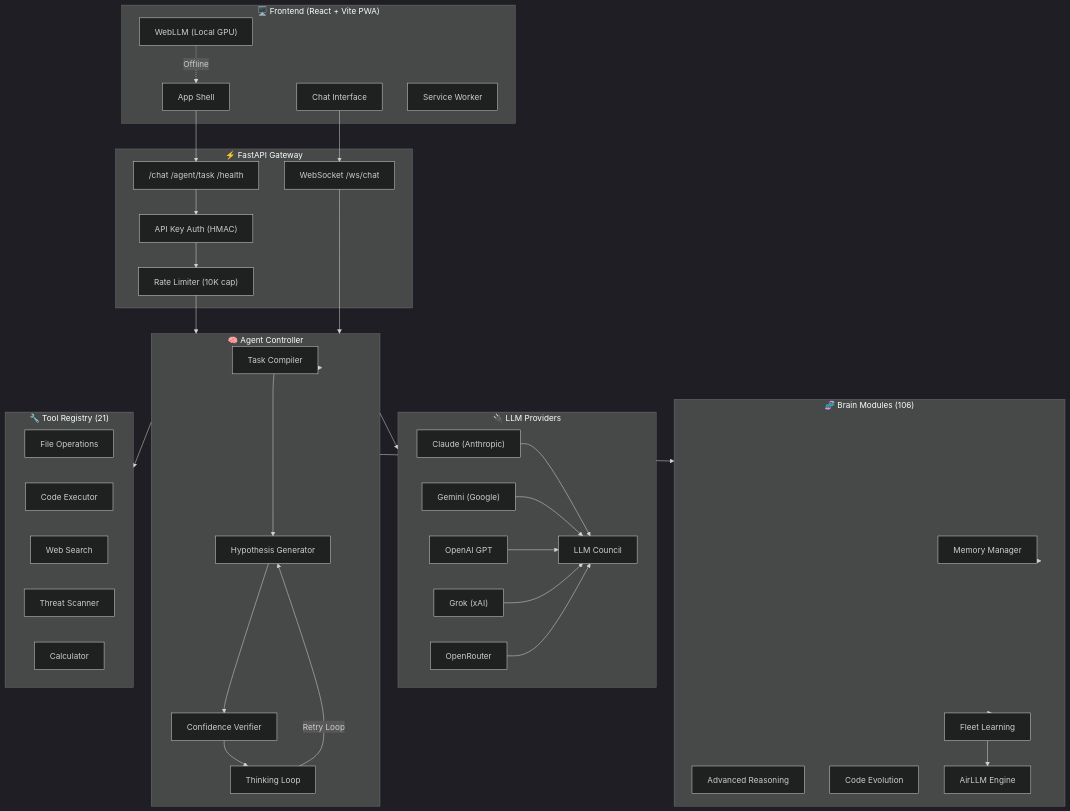
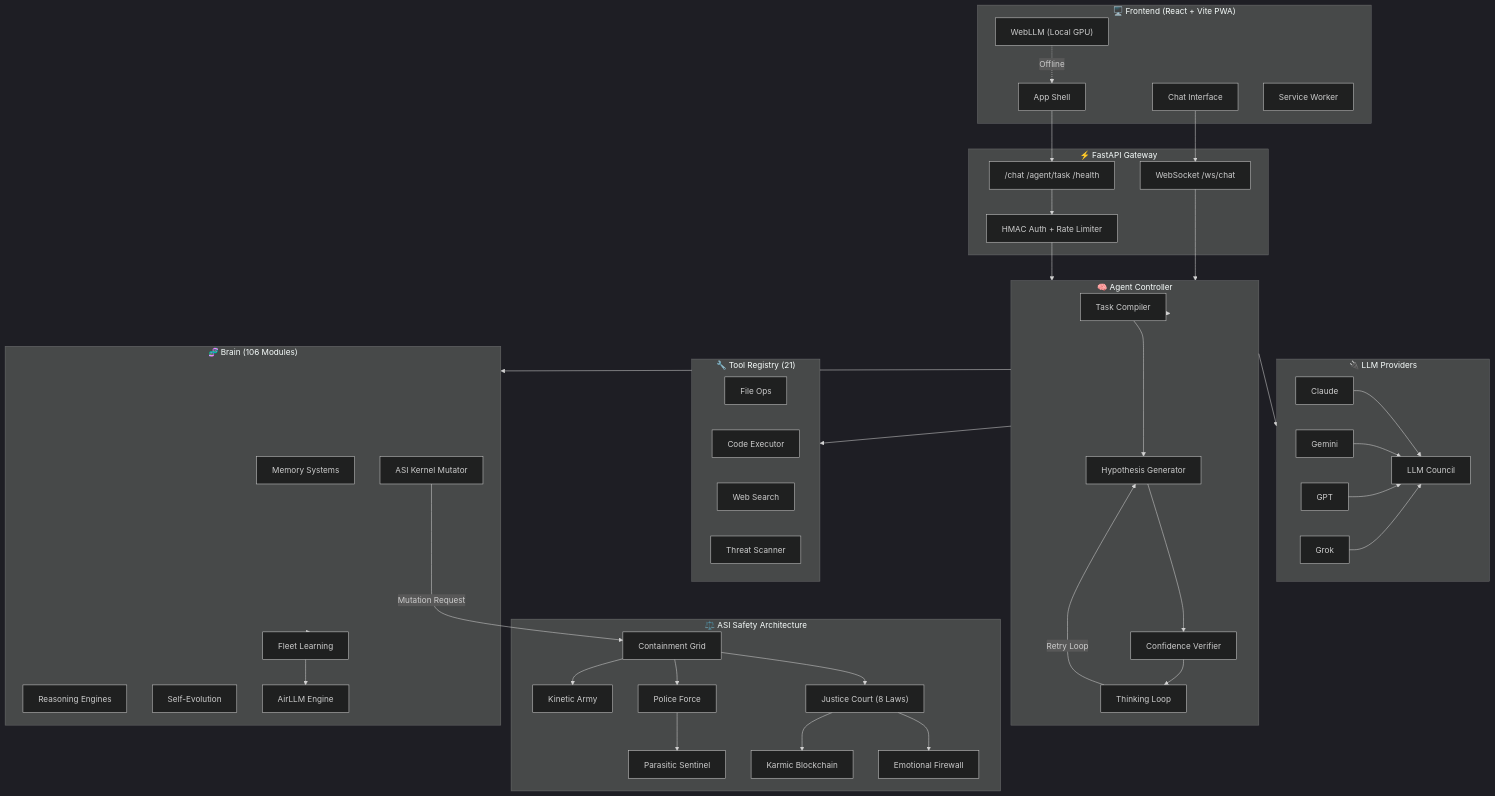
One commit to boopathygamer/astra-agent changed the first of 8 diagrams in README.md. Above: the diagram before and after it, drawn with Mermaid (dark theme). The commit also changed other lines of this file, not shown here.

Commit message:
docs: Complete README rewrite with full ASI safety architecture documentation

````diff
--- a/README.md
+++ b/README.md
@@ -59,67 +70,71 @@
 ```mermaid
 graph TB
     subgraph Frontend["🖥️ Frontend (React + Vite PWA)"]
         UI["App Shell"]
         Chat["Chat Interface"]
         WebLLM["WebLLM (Local GPU)"]
         SW["Service Worker"]
     end
 
     subgraph API["⚡ FastAPI Gateway"]
-        REST["/chat /agent/task /health"]
+        REST["/chat  /agent/task  /health"]
         WS["WebSocket /ws/chat"]
-        Auth["API Key Auth (HMAC)"]
-        RL["Rate Limiter (10K cap)"]
+        Auth["HMAC Auth + Rate Limiter"]
     end
 
     subgraph Core["🧠 Agent Controller"]
         Compiler["Task Compiler"]
         Generator["Hypothesis Generator"]
         Verifier["Confidence Verifier"]
         ThinkLoop["Thinking Loop"]
     end
 
+    subgraph ASI_Safety["⚖️ ASI Safety Architecture"]
+        Court["Justice Court (8 Laws)"]
+        Police["Police Force"]
+        Army["Kinetic Army"]
+        CGrid["Containment Grid"]
+        EFW["Emotional Firewall"]
+        PS["Parasitic Sentinel"]
+        KBC["Karmic Blockchain"]
+    end
+
     subgraph Providers["🔌 LLM Providers"]
-        Claude["Claude (Anthropic)"]
-        Gemini["Gemini (Google)"]
-        GPT["OpenAI GPT"]
-        Grok["Grok (xAI)"]
-        OR["OpenRouter"]
+        Claude["Claude"] & Gemini["Gemini"] & GPT["GPT"] & Grok["Grok"]
         Council["LLM Council"]
     end
 
-    subgraph Brain["🧬 Brain Modules (106)"]
-        Memory["Memory Manager"]
-        Reasoning["Advanced Reasoning"]
-        Evolution["Code Evolution"]
+    subgraph Brain["🧬 Brain (106 Modules)"]
+        Memory["Memory Systems"]
+        Reasoning["Reasoning Engines"]
+        Evolution["Self-Evolution"]
         FleetLrn["Fleet Learning"]
         AirLLM["AirLLM Engine"]
+        KernelMut["ASI Kernel Mutator"]
     end
 
     subgraph Tools["🔧 Tool Registry (21)"]
-        FileOps["File Operations"]
-        CodeExec["Code Executor"]
-        WebSearch["Web Search"]
-        ThreatScan["Threat Scanner"]
-        Calculator["Calculator"]
+        FileOps["File Ops"] & CodeExec["Code Executor"] & WebSearch["Web Search"] & ThreatScan["Threat Scanner"]
     end
 
     UI --> REST
     Chat --> WS
     WebLLM -.->|Offline| UI
-
-    REST --> Auth --> RL --> Core
+    REST --> Auth --> Core
     WS --> Core
-
     Core --> Compiler --> Generator --> Verifier --> ThinkLoop
     ThinkLoop -->|"Retry Loop"| Generator
-
     Core --> Providers
-    Claude & Gemini & GPT & Grok & OR --> Council
-
+    Claude & Gemini & GPT & Grok --> Council
     Core --> Tools
     Core --> Brain
-    Brain --> Memory
-    Brain --> FleetLrn
-    FleetLrn --> AirLLM
+    Brain --> FleetLrn --> AirLLM
+
+    KernelMut -->|"Mutation Request"| CGrid
+    CGrid --> Court
+    CGrid --> Police
+    CGrid --> Army
+    Court --> EFW
+    Police --> PS
+    Court --> KBC
 ```
````
